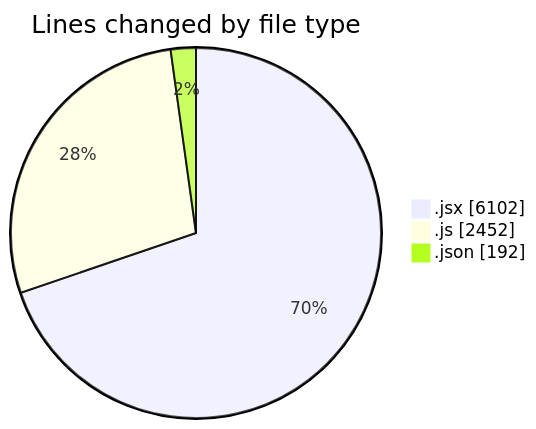
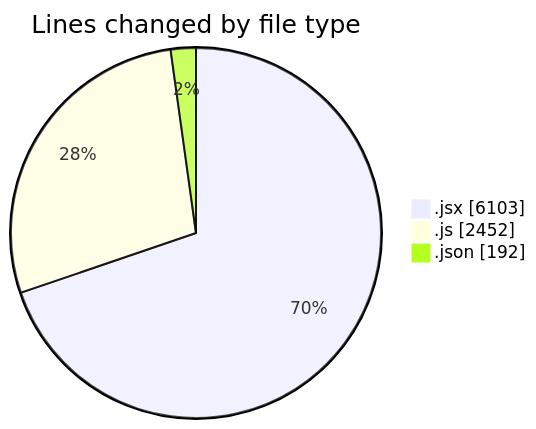
Before and after one commit to nxtqubesakshisongat/code-tracking: the first of 2 diagrams in 2025-08-06/nxtqube_webapp/README.md, drawn with Mermaid. The commit also changed other lines of this file and 1 other file, not shown here.

````diff
--- a/2025-08-06/nxtqube_webapp/README.md
+++ b/2025-08-06/nxtqube_webapp/README.md
@@ -31,7 +31,7 @@
 ```mermaid
 pie showData
 title Lines changed by file type
-".jsx" : 6102
+".jsx" : 6103
 ".js" : 2452
 ".json" : 192
 ```
````
